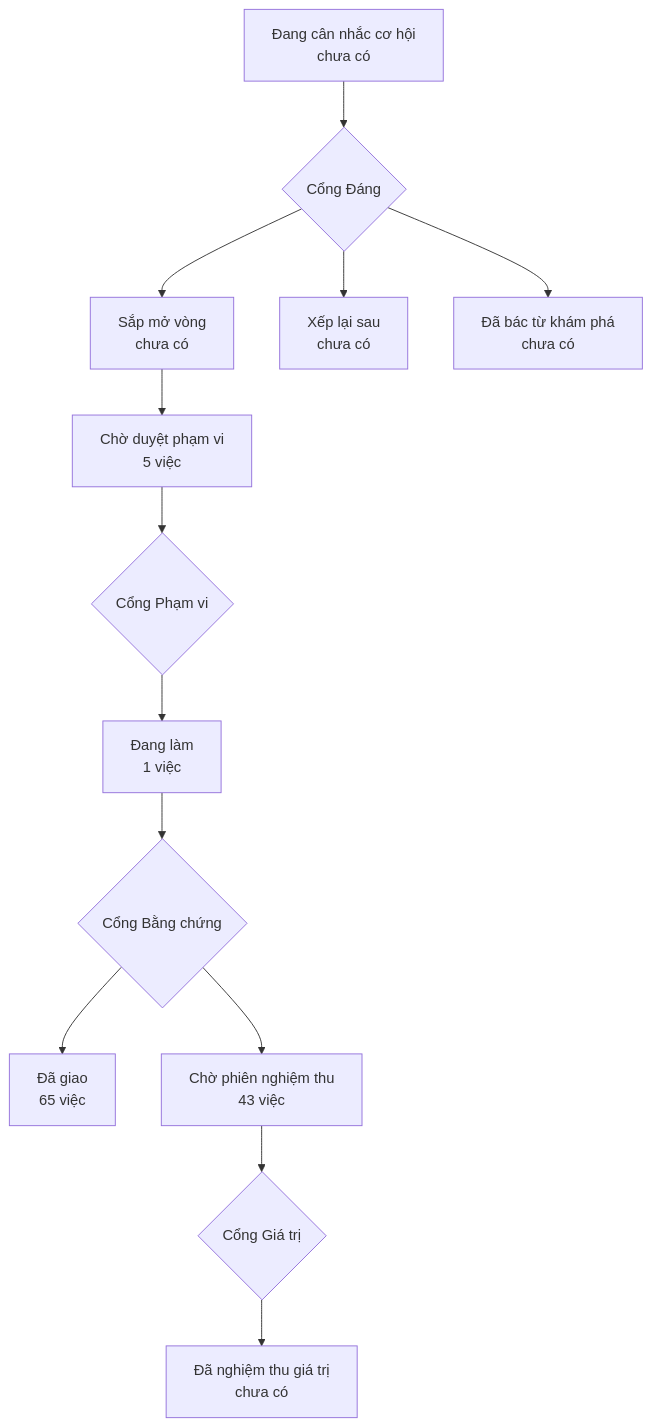
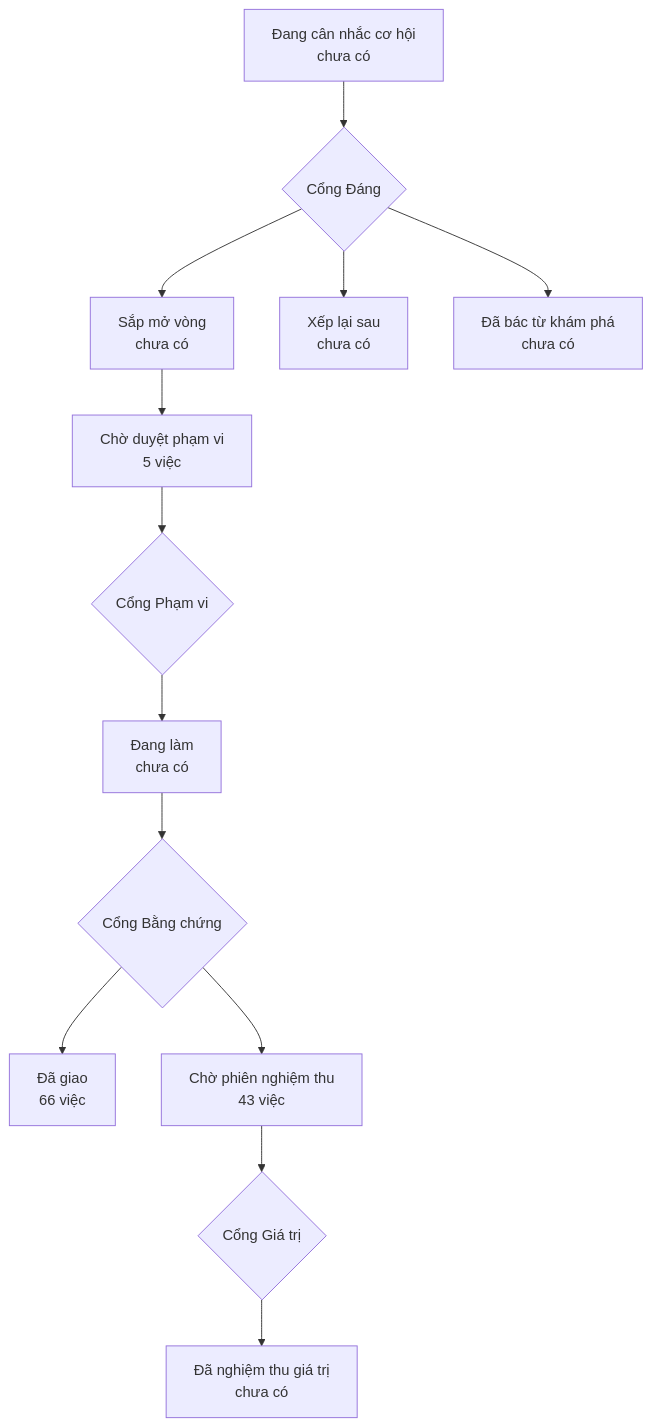
The diagram in PRODUCT-MAP.md (phanlemanh/onehub-invest), drawn with Mermaid before and after one commit. The commit also changed other lines of this file and 7 other files, not shown here.

````diff
--- a/PRODUCT-MAP.md
+++ b/PRODUCT-MAP.md
@@ -7,12 +7,12 @@
 ```mermaid
 flowchart TD
   A["Đang cân nhắc cơ hội<br/>chưa có"] --> GD{"Cổng Đáng"}
   GD --> B["Sắp mở vòng<br/>chưa có"]
   GD --> XL["Xếp lại sau<br/>chưa có"]
   GD --> DB["Đã bác từ khám phá<br/>chưa có"]
   B --> CD["Chờ duyệt phạm vi<br/>5 việc"] --> GP{"Cổng Phạm vi"}
-  GP --> DL["Đang làm<br/>1 việc"] --> GB{"Cổng Bằng chứng"}
-  GB --> DG["Đã giao<br/>65 việc"]
+  GP --> DL["Đang làm<br/>chưa có"] --> GB{"Cổng Bằng chứng"}
+  GB --> DG["Đã giao<br/>66 việc"]
   GB --> CN["Chờ phiên nghiệm thu<br/>43 việc"] --> GG{"Cổng Giá trị"}
   GG --> NT["Đã nghiệm thu giá trị<br/>chưa có"]
 ```
````
